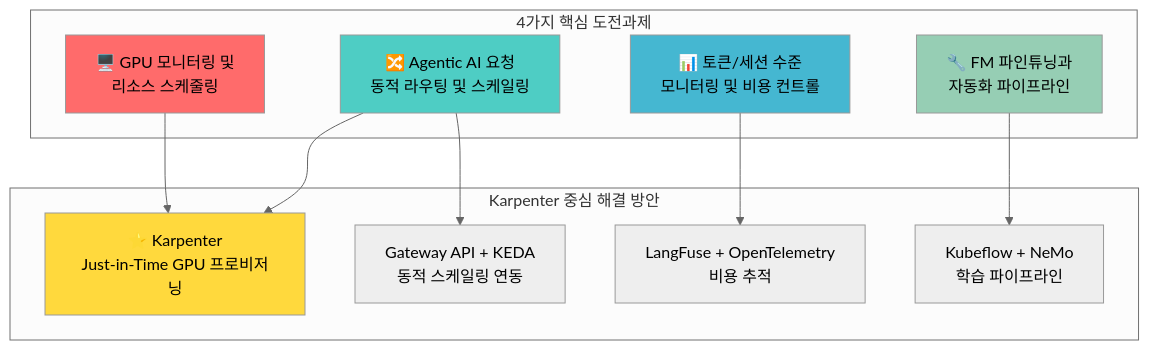
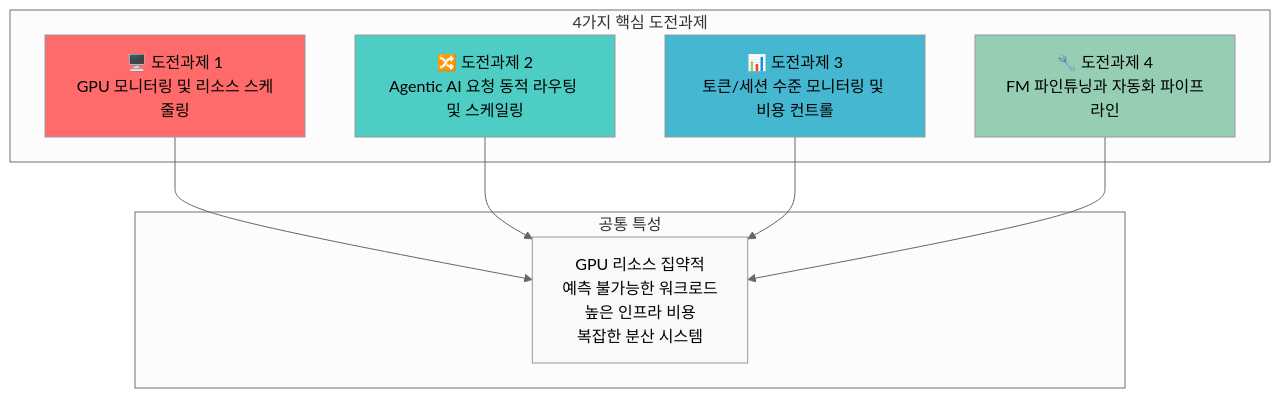
The first of 35 diagrams in docs/genai-aiml/agentic-ai-challenges.md (devfloor9/engineering-playbook), drawn with Mermaid (neutral theme) before and after one commit. The commit also changed other lines of this file, not shown here.

First line of the commit message:
Improve document flow and add TL;DR to agentic-ai-challenges.md

````diff
--- a/docs/genai-aiml/agentic-ai-challenges.md
+++ b/docs/genai-aiml/agentic-ai-challenges.md
@@ -23,28 +38,24 @@
 ```mermaid
 graph TB
     subgraph "4가지 핵심 도전과제"
-        C1["🖥️ GPU 모니터링 및<br/>리소스 스케줄링"]
-        C2["🔀 Agentic AI 요청<br/>동적 라우팅 및 스케일링"]
-        C3["📊 토큰/세션 수준<br/>모니터링 및 비용 컨트롤"]
-        C4["🔧 FM 파인튜닝과<br/>자동화 파이프라인"]
+        C1["🖥️ 도전과제 1<br/>GPU 모니터링 및 리소스 스케줄링"]
+        C2["🔀 도전과제 2<br/>Agentic AI 요청 동적 라우팅 및 스케일링"]
+        C3["📊 도전과제 3<br/>토큰/세션 수준 모니터링 및 비용 컨트롤"]
+        C4["🔧 도전과제 4<br/>FM 파인튜닝과 자동화 파이프라인"]
     end
 
-    subgraph "Karpenter 중심 해결 방안"
-        S1["⭐ Karpenter<br/>Just-in-Time GPU 프로비저닝"]
-        S2["Gateway API + KEDA<br/>동적 스케일링 연동"]
-        S3["LangFuse + OpenTelemetry<br/>비용 추적"]
-        S4["Kubeflow + NeMo<br/>학습 파이프라인"]
+    subgraph "공통 특성"
+        COMMON["GPU 리소스 집약적<br/>예측 불가능한 워크로드<br/>높은 인프라 비용<br/>복잡한 분산 시스템"]
     end
 
-    C1 --> S1
-    C2 --> S1
-    C2 --> S2
-    C3 --> S3
-    C4 --> S4
+    C1 --> COMMON
+    C2 --> COMMON
+    C3 --> COMMON
+    C4 --> COMMON
 
     style C1 fill:#ff6b6b
     style C2 fill:#4ecdc4
     style C3 fill:#45b7d1
     style C4 fill:#96ceb4
-    style S1 fill:#ffd93d
+    style COMMON fill:#f9f9f9
 ```
````
